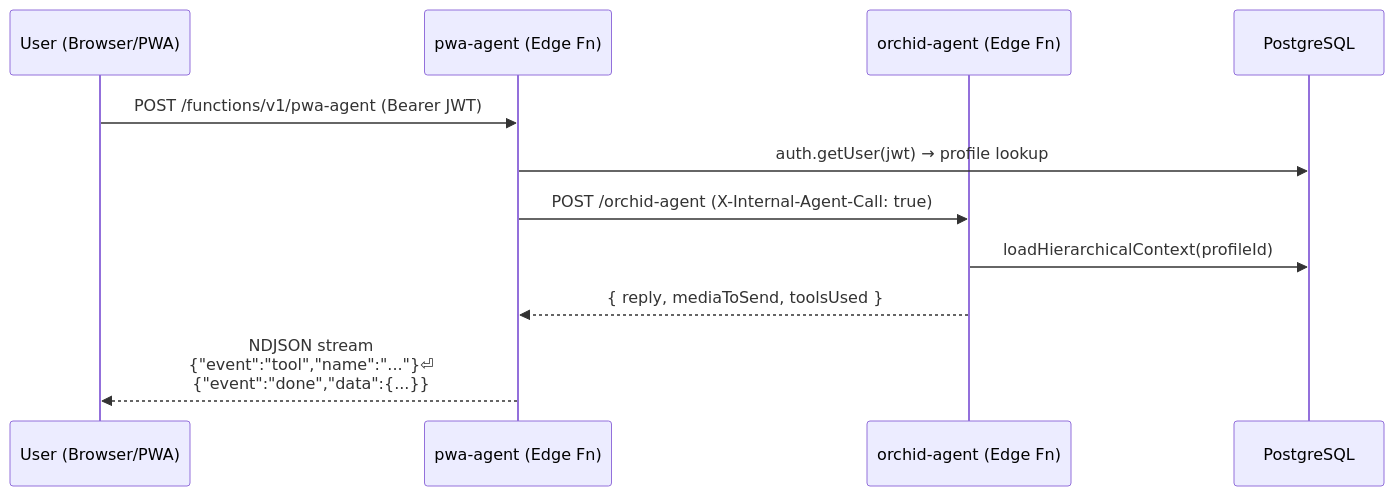
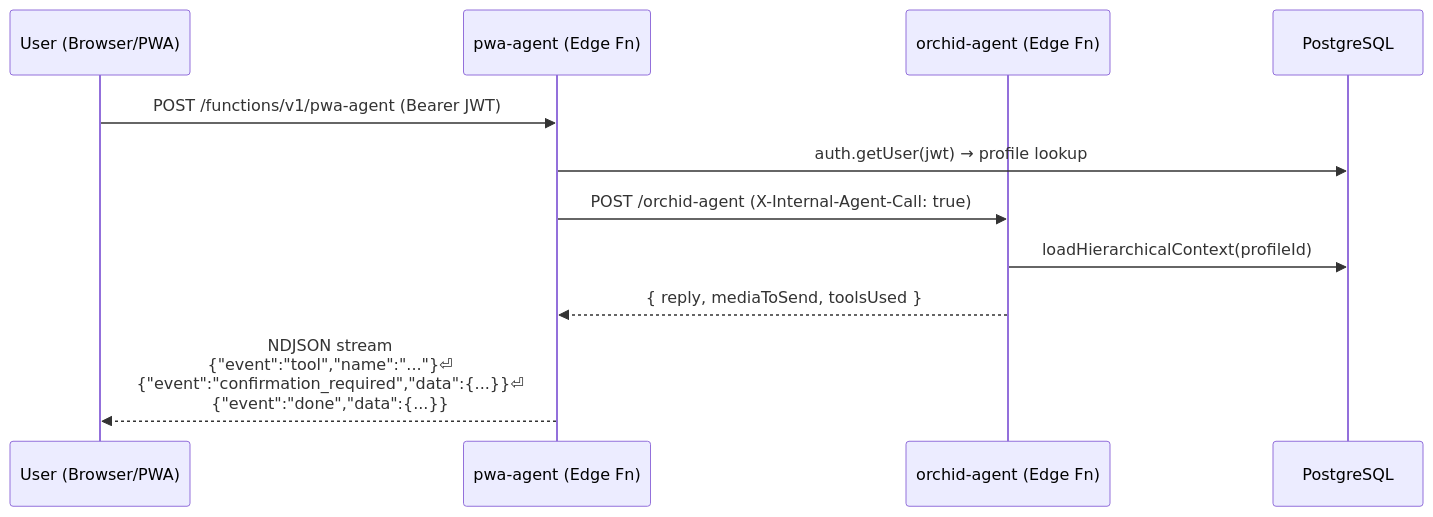
The fourth of 15 diagrams in public/project-assets/technical-report.md (masudl-hub/msis522-technical-report), drawn with Mermaid before and after one commit. The commit also changed other lines of this file and 2 other files, not shown here.

````diff
--- a/public/project-assets/technical-report.md
+++ b/public/project-assets/technical-report.md
@@ -340,14 +440,14 @@
 ```mermaid
 sequenceDiagram
     participant U as User (Browser/PWA)
     participant PA as pwa-agent (Edge Fn)
     participant OA as orchid-agent (Edge Fn)
     participant DB as PostgreSQL
 
     U->>PA: POST /functions/v1/pwa-agent (Bearer JWT)
     PA->>DB: auth.getUser(jwt) → profile lookup
     PA->>OA: POST /orchid-agent (X-Internal-Agent-Call: true)
     OA->>DB: loadHierarchicalContext(profileId)
     OA-->>PA: { reply, mediaToSend, toolsUsed }
-    PA-->>U: NDJSON stream<br/>{"event":"tool","name":"..."}⏎<br/>{"event":"done","data":{...}}
+    PA-->>U: NDJSON stream<br/>{"event":"tool","name":"..."}⏎<br/>{"event":"confirmation_required","data":{...}}⏎<br/>{"event":"done","data":{...}}
 ```
````
